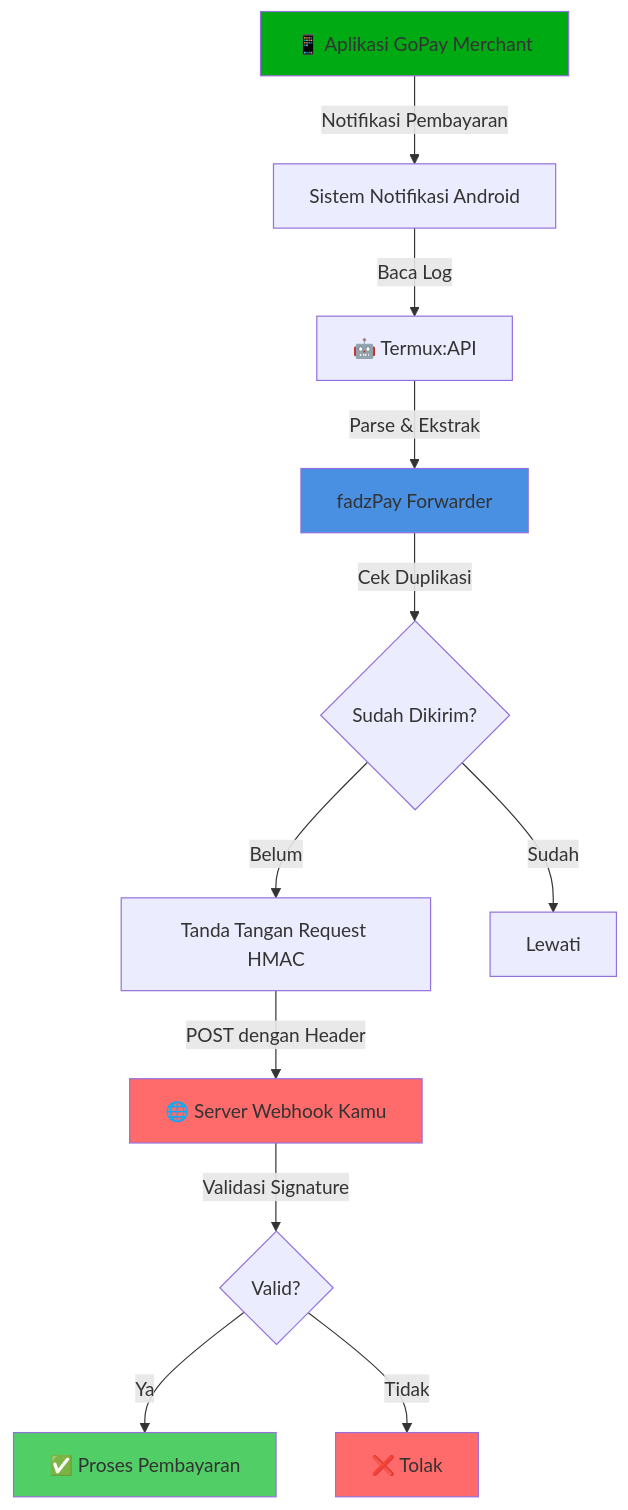
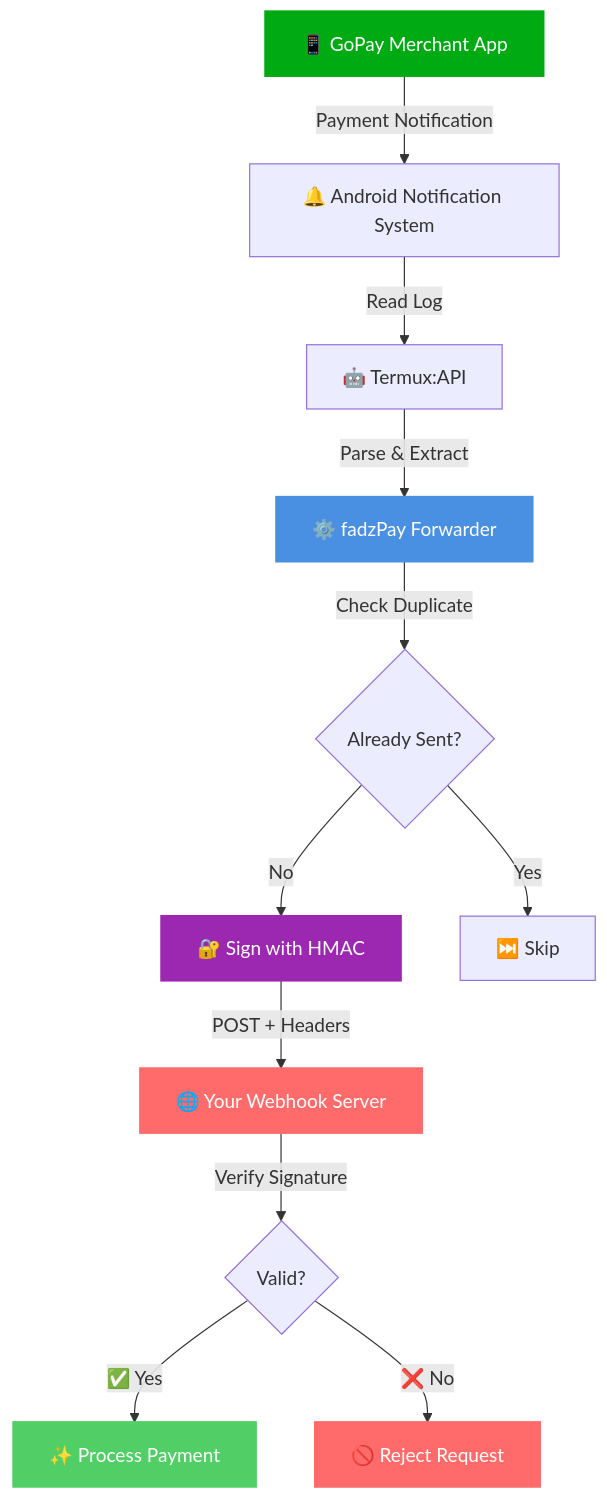
The diagram in README.md (Matsumiko/fadzPay), drawn with Mermaid before and after one commit. The commit also changed other lines of this file, not shown here.

````diff
--- a/README.md
+++ b/README.md
@@ -26,19 +157,20 @@
 ```mermaid
 graph TD
-    A[📱 Aplikasi GoPay Merchant] -->|Notifikasi Pembayaran| B[Sistem Notifikasi Android]
-    B -->|Baca Log| C[🤖 Termux:API]
-    C -->|Parse & Ekstrak| D[fadzPay Forwarder]
-    D -->|Cek Duplikasi| E{Sudah Dikirim?}
-    E -->|Belum| F[Tanda Tangan Request HMAC]
-    E -->|Sudah| G[Lewati]
-    F -->|POST dengan Header| H[🌐 Server Webhook Kamu]
-    H -->|Validasi Signature| I{Valid?}
-    I -->|Ya| J[✅ Proses Pembayaran]
-    I -->|Tidak| K[❌ Tolak]
+    A[📱 GoPay Merchant App] -->|Payment Notification| B[🔔 Android Notification System]
+    B -->|Read Log| C[🤖 Termux:API]
+    C -->|Parse & Extract| D[⚙️ fadzPay Forwarder]
+    D -->|Check Duplicate| E{Already Sent?}
+    E -->|No| F[🔐 Sign with HMAC]
+    E -->|Yes| G[⏭️ Skip]
+    F -->|POST + Headers| H[🌐 Your Webhook Server]
+    H -->|Verify Signature| I{Valid?}
+    I -->|✅ Yes| J[✨ Process Payment]
+    I -->|❌ No| K[🚫 Reject Request]
     
-    style A fill:#00AA13
-    style D fill:#4A90E2
-    style H fill:#FF6B6B
-    style J fill:#51CF66
-    style K fill:#FF6B6B
+    style A fill:#00AA13,stroke:#00AA13,stroke-width:2px,color:#fff
+    style D fill:#4A90E2,stroke:#4A90E2,stroke-width:2px,color:#fff
+    style F fill:#9C27B0,stroke:#9C27B0,stroke-width:2px,color:#fff
+    style H fill:#FF6B6B,stroke:#FF6B6B,stroke-width:2px,color:#fff
+    style J fill:#51CF66,stroke:#51CF66,stroke-width:2px,color:#fff
+    style K fill:#FF6B6B,stroke:#FF6B6B,stroke-width:2px,color:#fff
 ```
````
